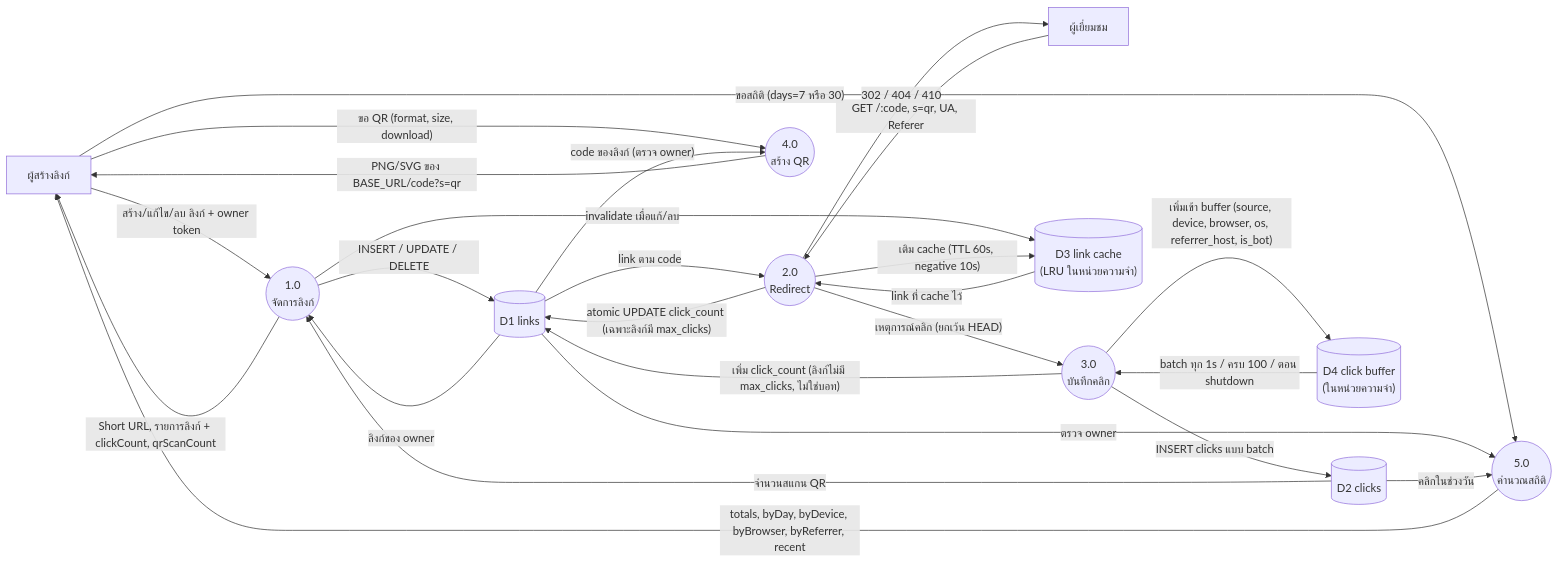
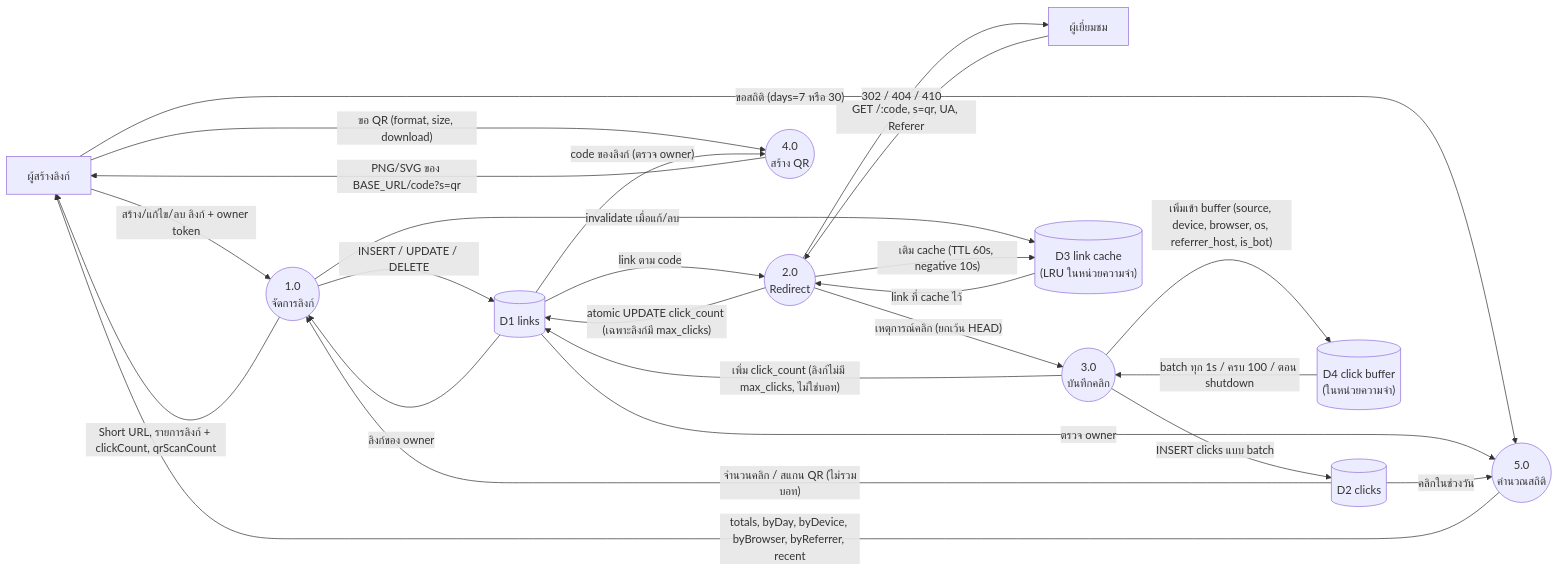
The second of 2 diagrams in docs/DFD.md (thirawat-khunsi/pulse-link), drawn with Mermaid before and after one commit. The commit also changed 5 other files, not shown here.

````diff
--- a/docs/DFD.md
+++ b/docs/DFD.md
@@ -31,50 +31,50 @@
 ```mermaid
 flowchart LR
     Creator["ผู้สร้างลิงก์"]
     Visitor["ผู้เยี่ยมชม"]
 
     P1(("1.0<br/>จัดการลิงก์"))
     P2(("2.0<br/>Redirect"))
     P3(("3.0<br/>บันทึกคลิก"))
     P4(("4.0<br/>สร้าง QR"))
     P5(("5.0<br/>คำนวณสถิติ"))
 
     D1[("D1 links")]
     D2[("D2 clicks")]
     D3[("D3 link cache<br/>(LRU ในหน่วยความจำ)")]
     D4[("D4 click buffer<br/>(ในหน่วยความจำ)")]
 
     %% 1.0 Manage links
     Creator -- "สร้าง/แก้ไข/ลบ ลิงก์ + owner token" --> P1
     P1 -- "Short URL, รายการลิงก์ + clickCount, qrScanCount" --> Creator
     P1 -- "INSERT / UPDATE / DELETE" --> D1
     D1 -- "ลิงก์ของ owner" --> P1
-    D2 -- "จำนวนสแกน QR" --> P1
+    D2 -- "จำนวนคลิก / สแกน QR (ไม่รวมบอท)" --> P1
     P1 -- "invalidate เมื่อแก้/ลบ" --> D3
 
     %% 2.0 Redirect
     Visitor -- "GET /:code, s=qr, UA, Referer" --> P2
     D3 -- "link ที่ cache ไว้" --> P2
     P2 -- "เติม cache (TTL 60s, negative 10s)" --> D3
     D1 -- "link ตาม code" --> P2
     P2 -- "atomic UPDATE click_count (เฉพาะลิงก์มี max_clicks)" --> D1
     P2 -- "302 / 404 / 410" --> Visitor
     P2 -- "เหตุการณ์คลิก (ยกเว้น HEAD)" --> P3
 
     %% 3.0 Record clicks
     P3 -- "เพิ่มเข้า buffer (source, device, browser, os, referrer_host, is_bot)" --> D4
     D4 -- "batch ทุก 1s / ครบ 100 / ตอน shutdown" --> P3
     P3 -- "INSERT clicks แบบ batch" --> D2
     P3 -- "เพิ่ม click_count (ลิงก์ไม่มี max_clicks, ไม่ใช่บอท)" --> D1
 
     %% 4.0 QR
     Creator -- "ขอ QR (format, size, download)" --> P4
     D1 -- "code ของลิงก์ (ตรวจ owner)" --> P4
     P4 -- "PNG/SVG ของ BASE_URL/code?s=qr" --> Creator
 
     %% 5.0 Stats
     Creator -- "ขอสถิติ (days=7 หรือ 30)" --> P5
     D1 -- "ตรวจ owner" --> P5
     D2 -- "คลิกในช่วงวัน" --> P5
     P5 -- "totals, byDay, byDevice, byBrowser, byReferrer, recent" --> Creator
 ```
````
